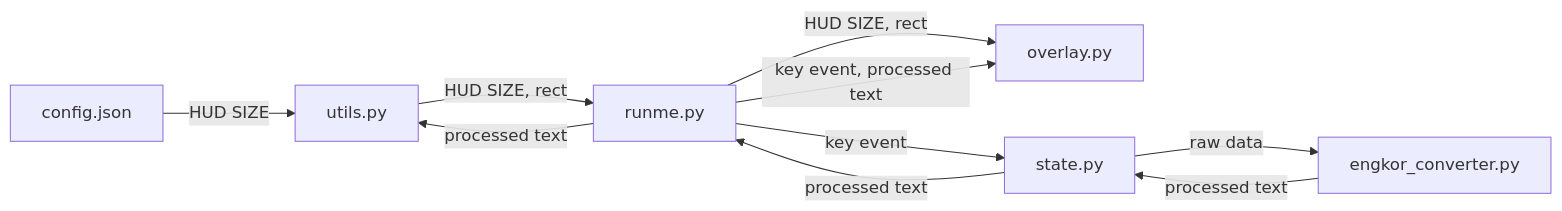
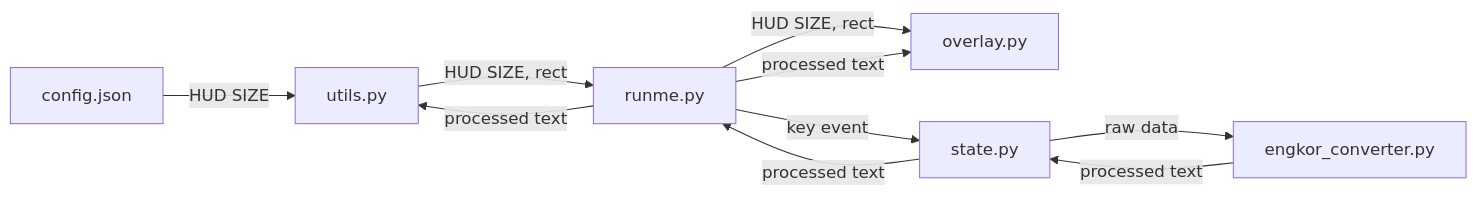
One commit to amature0000/engkor_converter changed the diagram in readme.md. Above: the diagram before and after it, drawn with Mermaid.

````diff
--- a/readme.md
+++ b/readme.md
@@ -10,14 +10,14 @@
 ```mermaid
 flowchart LR
 
     config.json -->|HUD SIZE| U[utils.py]
     U -->|HUD SIZE, rect| M[runme.py]
     M -->|HUD SIZE, rect| O[overlay.py]
-    M -->|key event, processed text| O
     
     M -->|key event| S[state.py]
     S -->|raw data| C[engkor_converter.py]
     C -->|processed text| S
     S -->|processed text| M
     M -->|processed text| U
+    M -->|processed text| O
 ```
````
